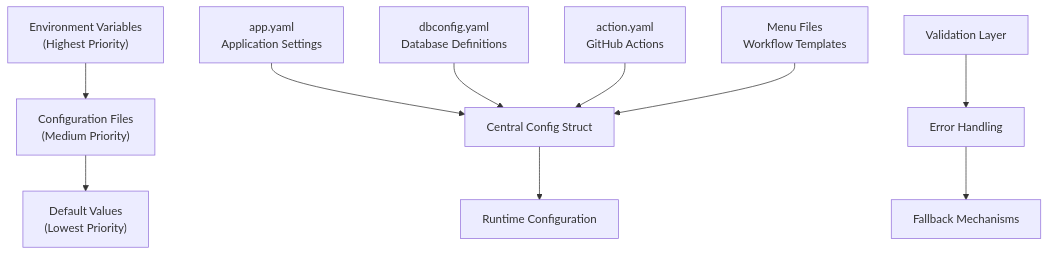
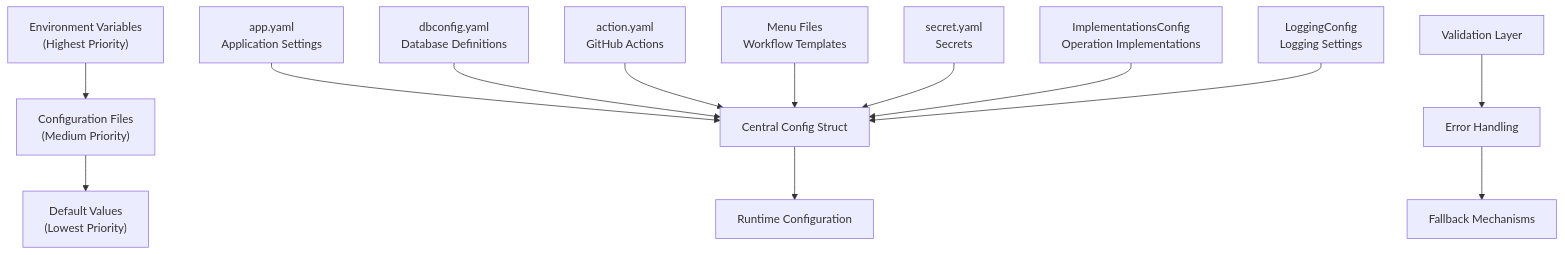
Before and after one commit to Kargones/apk-ci: the first of 4 diagrams in .qoder/repowiki/en/content/Configuration Management/YAML Configuration Files/YAML Configuration Files.md, drawn with Mermaid. The commit also changed other lines of this file and 2036 other files, not shown here.

````diff
--- a/.qoder/repowiki/en/content/Configuration Management/YAML Configuration Files/YAML Configuration Files.md
+++ b/.qoder/repowiki/en/content/Configuration Management/YAML Configuration Files/YAML Configuration Files.md
@@ -42,12 +55,15 @@
 ```mermaid
 graph TD
 A["Environment Variables<br/>(Highest Priority)"] --> B["Configuration Files<br/>(Medium Priority)"]
 B --> C["Default Values<br/>(Lowest Priority)"]
 D["app.yaml<br/>Application Settings"] --> E["Central Config Struct"]
 F["dbconfig.yaml<br/>Database Definitions"] --> E
 G["action.yaml<br/>GitHub Actions"] --> E
 H["Menu Files<br/>Workflow Templates"] --> E
-E --> I["Runtime Configuration"]
-J["Validation Layer"] --> K["Error Handling"]
-K --> L["Fallback Mechanisms"]
+I["secret.yaml<br/>Secrets"] --> E
+J["ImplementationsConfig<br/>Operation Implementations"] --> E
+K["LoggingConfig<br/>Logging Settings"] --> E
+E --> L["Runtime Configuration"]
+M["Validation Layer"] --> N["Error Handling"]
+N --> O["Fallback Mechanisms"]
 ```
````
